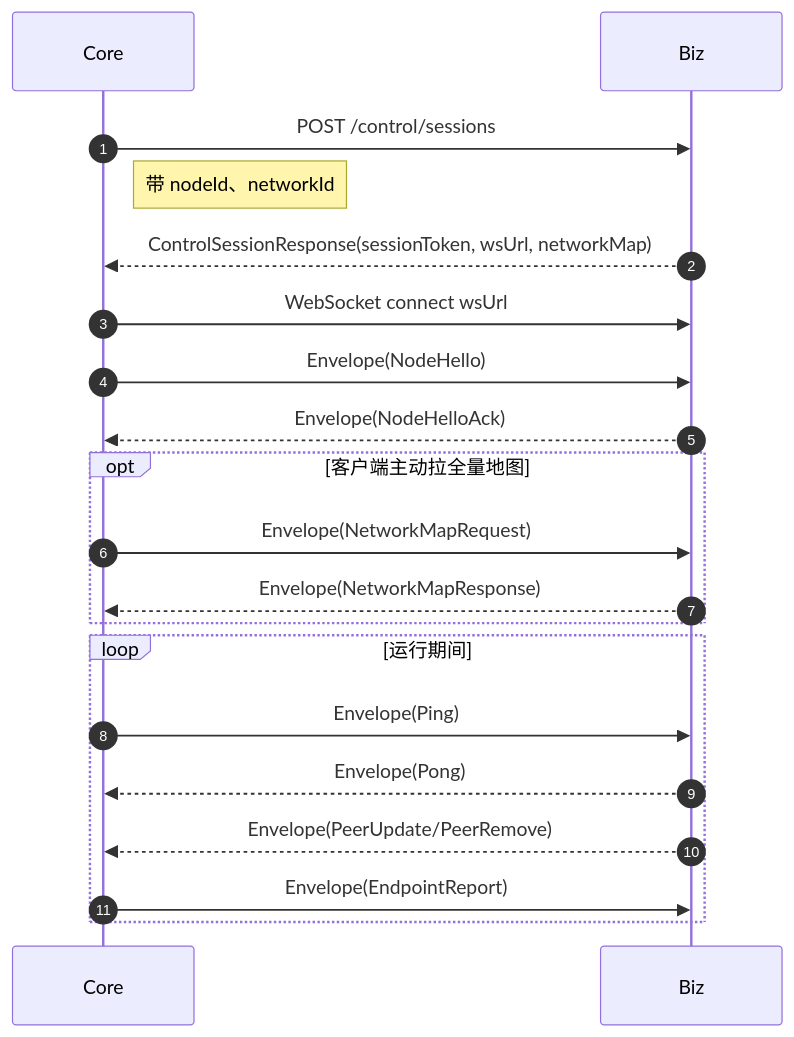
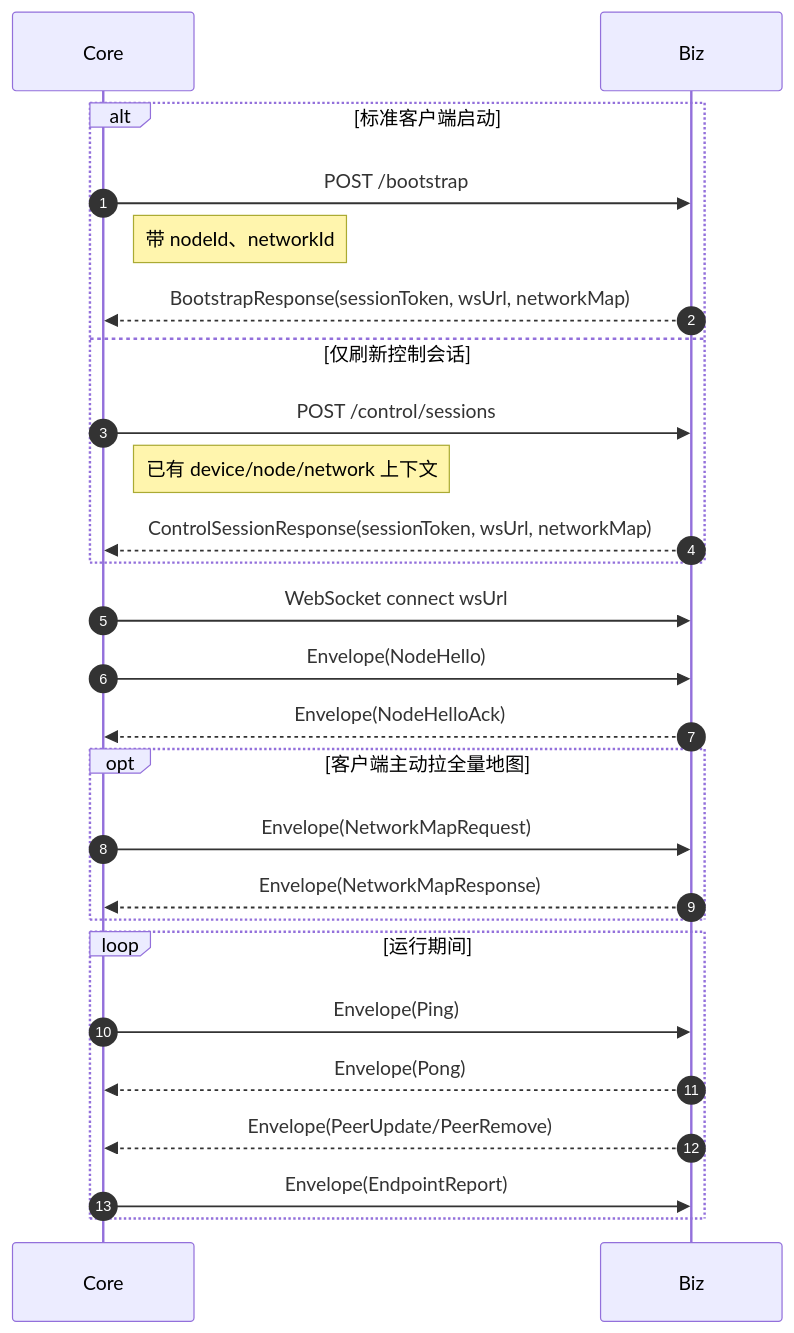
Before and after one commit to thorli9527/slan: the sixth of 11 diagrams in docs/architecture/sequence-diagrams.md, drawn with Mermaid. The commit also changed other lines of this file and 110 other files, not shown here.

Commit message:
Align client network flows and protocol contracts

````diff
--- a/docs/architecture/sequence-diagrams.md
+++ b/docs/architecture/sequence-diagrams.md
@@ -188,26 +209,32 @@
 ```mermaid
 sequenceDiagram
     autonumber
     participant Core as Core
     participant Biz as Biz
 
-    Core->>Biz: POST /control/sessions
-    Note right of Core: 带 nodeId、networkId
-    Biz-->>Core: ControlSessionResponse(sessionToken, wsUrl, networkMap)
+    alt 标准客户端启动
+        Core->>Biz: POST /bootstrap
+        Note right of Core: 带 nodeId、networkId
+        Biz-->>Core: BootstrapResponse(sessionToken, wsUrl, networkMap)
+    else 仅刷新控制会话
+        Core->>Biz: POST /control/sessions
+        Note right of Core: 已有 device/node/network 上下文
+        Biz-->>Core: ControlSessionResponse(sessionToken, wsUrl, networkMap)
+    end
 
     Core->>Biz: WebSocket connect wsUrl
     Core->>Biz: Envelope(NodeHello)
     Biz-->>Core: Envelope(NodeHelloAck)
 
     opt 客户端主动拉全量地图
         Core->>Biz: Envelope(NetworkMapRequest)
         Biz-->>Core: Envelope(NetworkMapResponse)
     end
 
     loop 运行期间
         Core->>Biz: Envelope(Ping)
         Biz-->>Core: Envelope(Pong)
         Biz-->>Core: Envelope(PeerUpdate/PeerRemove)
         Core->>Biz: Envelope(EndpointReport)
     end
 ```
````
